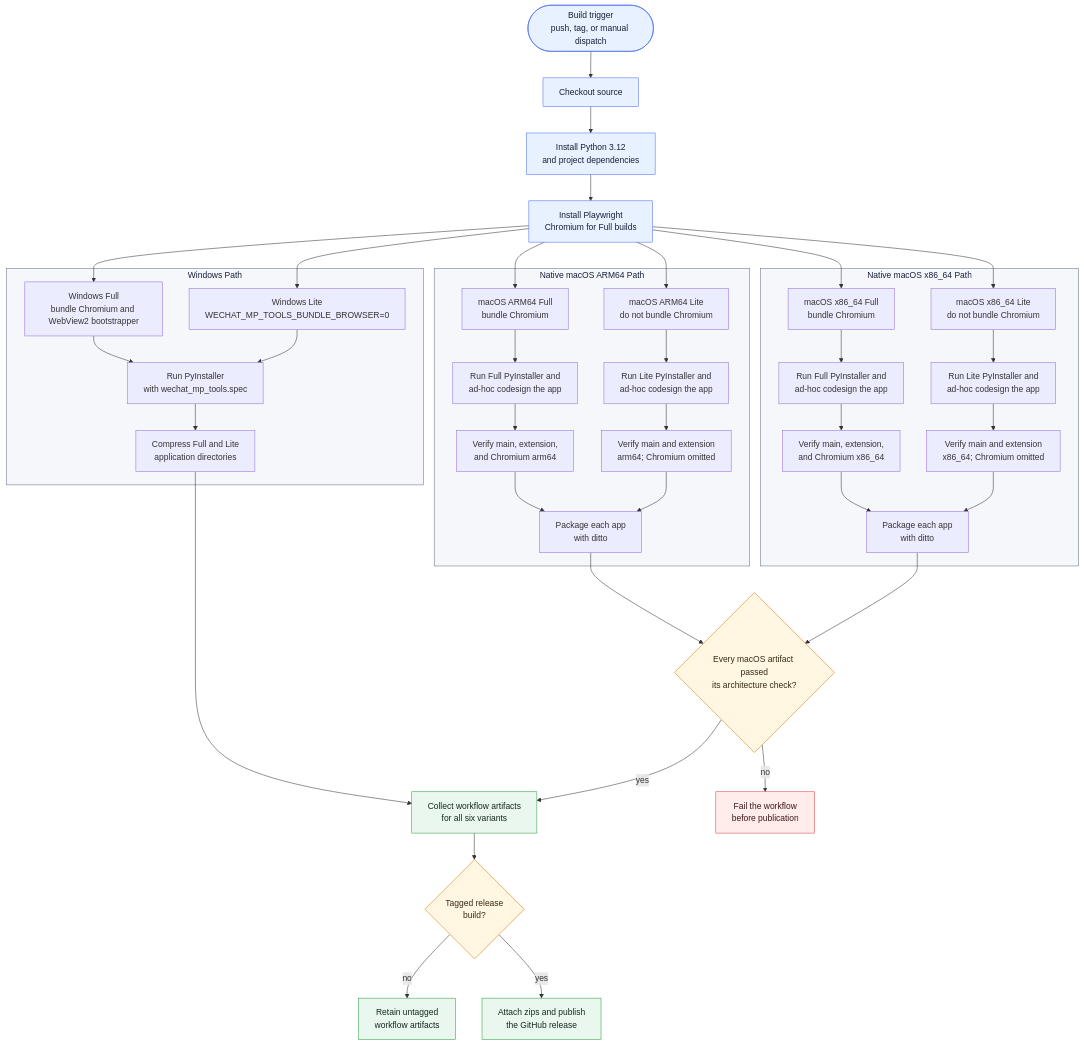
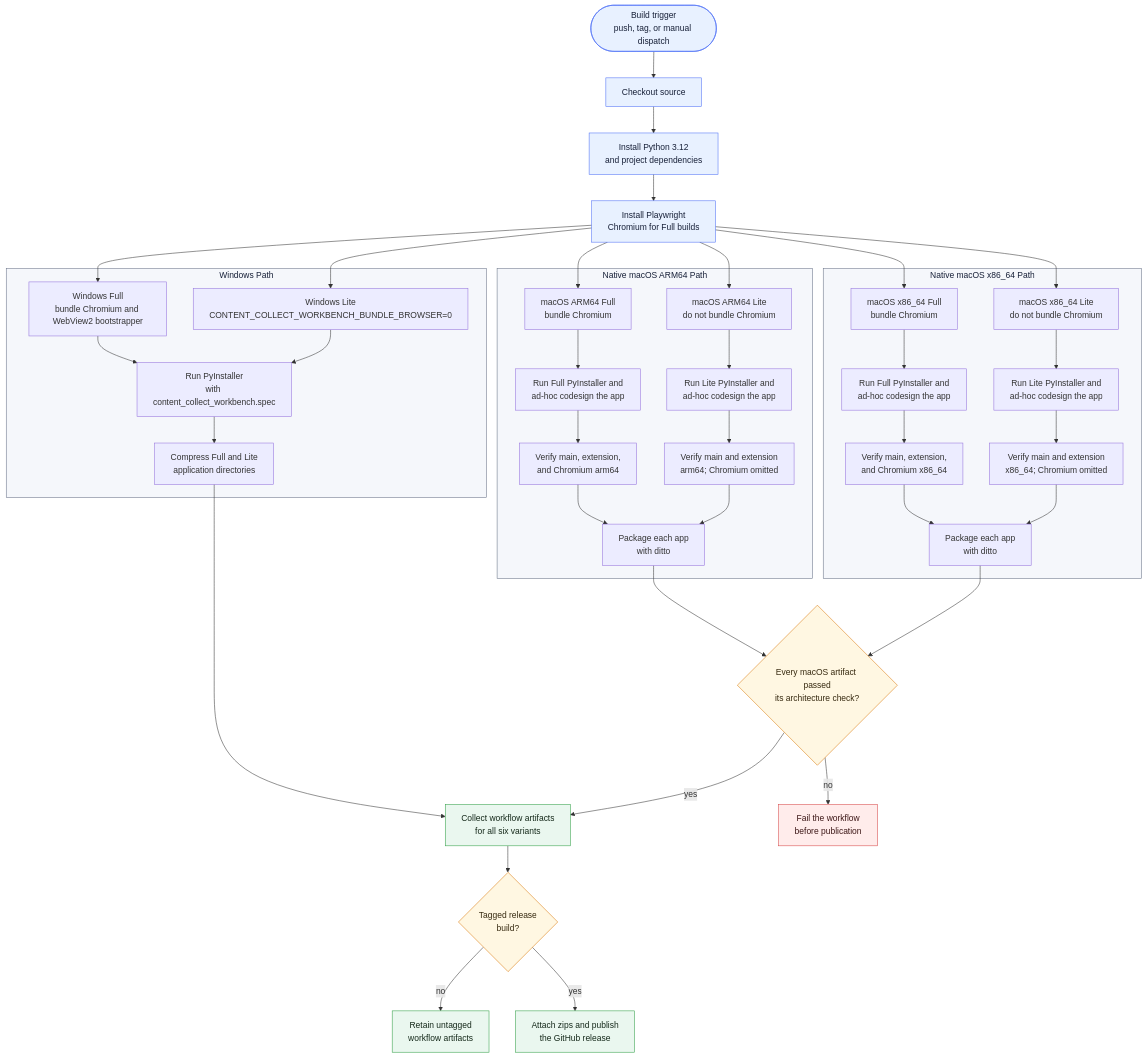
The diagram in docs/diagrams/build-flow.mmd (zhengxingSong/content-collect-workbench), drawn with Mermaid before and after one commit. The commit also changed 80 other files, not shown here.

Commit message:
项目更名 content-collect-workbench:品牌/构建产物/环境变量/自动更新源全量替换,同步测试断言

```diff
--- a/docs/diagrams/build-flow.mmd
+++ b/docs/diagrams/build-flow.mmd
@@ -1,71 +1,71 @@
 flowchart TD
     trigger([Build trigger<br/>push, tag, or manual dispatch])
     checkout["Checkout source"]
     python["Install Python 3.12<br/>and project dependencies"]
     playwright["Install Playwright<br/>Chromium for Full builds"]
 
     subgraph windows["Windows Path"]
         win_full["Windows Full<br/>bundle Chromium and WebView2 bootstrapper"]
-        win_lite["Windows Lite<br/>WECHAT_MP_TOOLS_BUNDLE_BROWSER=0"]
-        win_build["Run PyInstaller<br/>with wechat_mp_tools.spec"]
+        win_lite["Windows Lite<br/>CONTENT_COLLECT_WORKBENCH_BUNDLE_BROWSER=0"]
+        win_build["Run PyInstaller<br/>with content_collect_workbench.spec"]
         win_zip["Compress Full and Lite<br/>application directories"]
     end
 
     subgraph mac_arm["Native macOS ARM64 Path"]
         arm_full["macOS ARM64 Full<br/>bundle Chromium"]
         arm_lite["macOS ARM64 Lite<br/>do not bundle Chromium"]
         arm_full_build["Run Full PyInstaller and<br/>ad-hoc codesign the app"]
         arm_full_verify["Verify main, extension,<br/>and Chromium arm64"]
         arm_lite_build["Run Lite PyInstaller and<br/>ad-hoc codesign the app"]
         arm_lite_verify["Verify main and extension<br/>arm64; Chromium omitted"]
         arm_zip["Package each app<br/>with ditto"]
     end
 
     subgraph mac_x86["Native macOS x86_64 Path"]
         x86_full["macOS x86_64 Full<br/>bundle Chromium"]
         x86_lite["macOS x86_64 Lite<br/>do not bundle Chromium"]
         x86_full_build["Run Full PyInstaller and<br/>ad-hoc codesign the app"]
         x86_full_verify["Verify main, extension,<br/>and Chromium x86_64"]
         x86_lite_build["Run Lite PyInstaller and<br/>ad-hoc codesign the app"]
         x86_lite_verify["Verify main and extension<br/>x86_64; Chromium omitted"]
         x86_zip["Package each app<br/>with ditto"]
     end
 
     artifacts["Collect workflow artifacts<br/>for all six variants"]
     architecture_gate{"Every macOS artifact passed<br/>its architecture check?"}
     build_failed["Fail the workflow<br/>before publication"]
     release_trigger{"Tagged release<br/>build?"}
     retain["Retain untagged<br/>workflow artifacts"]
     release["Attach zips and publish<br/>the GitHub release"]
 
     trigger --> checkout --> python --> playwright
 
     playwright --> win_full --> win_build
     playwright --> win_lite --> win_build
     win_build --> win_zip
 
     playwright --> arm_full --> arm_full_build --> arm_full_verify --> arm_zip
     playwright --> arm_lite --> arm_lite_build --> arm_lite_verify --> arm_zip
 
     playwright --> x86_full --> x86_full_build --> x86_full_verify --> x86_zip
     playwright --> x86_lite --> x86_lite_build --> x86_lite_verify --> x86_zip
 
     win_zip --> artifacts
     arm_zip --> architecture_gate
     x86_zip --> architecture_gate
     architecture_gate -- "no" --> build_failed
     architecture_gate -- "yes" --> artifacts
     artifacts --> release_trigger
     release_trigger -- "no" --> retain
     release_trigger -- "yes" --> release
 
     classDef source fill:#e8f1ff,stroke:#4c6ef5,color:#172038
     classDef platform fill:#f5f7fb,stroke:#667085,color:#172038
     classDef gate fill:#fff7e2,stroke:#d97706,color:#372a10
     classDef failure fill:#ffeceb,stroke:#d64545,color:#3d1717
     classDef output fill:#eaf7ef,stroke:#2f9e44,color:#15291a
     class trigger,checkout,python,playwright source
     class windows,mac_arm,mac_x86 platform
     class architecture_gate,release_trigger gate
     class build_failed failure
     class artifacts,retain,release output
```
